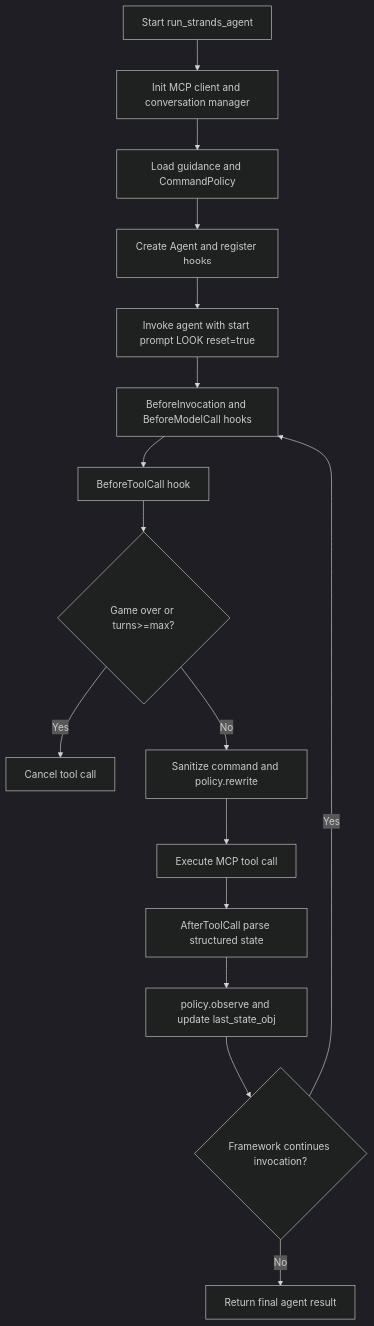
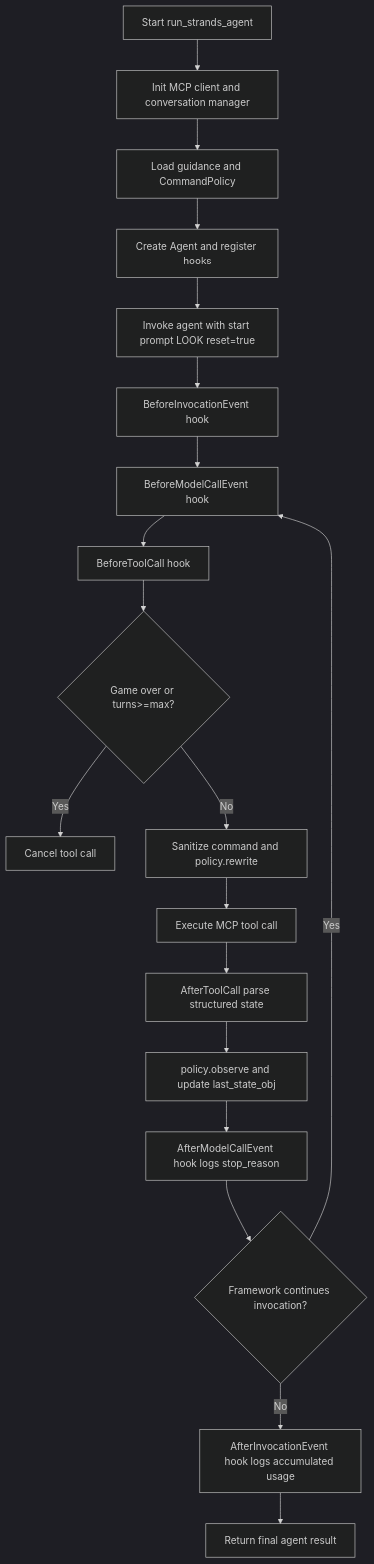
The fourth of 4 diagrams in scripts/FLOW.md (mdfranz/vibepascal), drawn with Mermaid (dark theme) before and after one commit. The commit also changed other lines of this file and 1 other file, not shown here.

````diff
--- a/scripts/FLOW.md
+++ b/scripts/FLOW.md
@@ -202,18 +219,21 @@
 ```mermaid
 flowchart TD
     A[Start run_strands_agent] --> B[Init MCP client and conversation manager]
     B --> C[Load guidance and CommandPolicy]
     C --> D[Create Agent and register hooks]
     D --> E[Invoke agent with start prompt LOOK reset=true]
-    E --> F[BeforeInvocation and BeforeModelCall hooks]
-    F --> G[BeforeToolCall hook]
+    E --> F[BeforeInvocationEvent hook]
+    F --> FA[BeforeModelCallEvent hook]
+    FA --> G[BeforeToolCall hook]
     G --> H{Game over or turns>=max?}
     H -- Yes --> I[Cancel tool call]
     H -- No --> J[Sanitize command and policy.rewrite]
     J --> K[Execute MCP tool call]
     K --> L[AfterToolCall parse structured state]
     L --> M[policy.observe and update last_state_obj]
-    M --> N{Framework continues invocation?}
-    N -- Yes --> F
-    N -- No --> Z[Return final agent result]
+    M --> MA[AfterModelCallEvent hook logs stop_reason]
+    MA --> N{Framework continues invocation?}
+    N -- Yes --> FA
+    N -- No --> MB[AfterInvocationEvent hook logs accumulated usage]
+    MB --> Z[Return final agent result]
 ```
````
